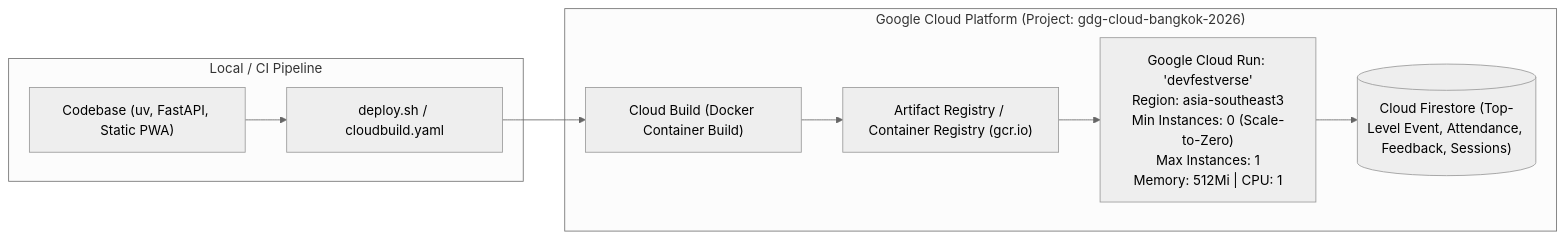
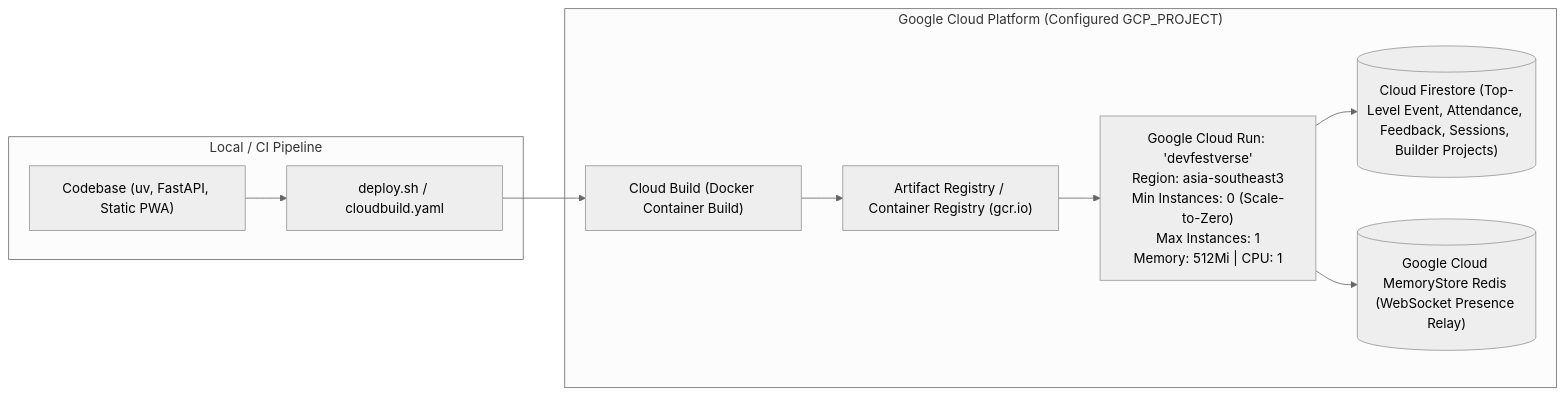
Before and after one commit to fonylew/devfestverse: diagram 15 of 22 in architecture.md, drawn with Mermaid (neutral theme). The commit also changed other lines of this file and 39 other files, not shown here.

````diff
--- a/architecture.md
+++ b/architecture.md
@@ -382,20 +565,22 @@
 ```mermaid
 graph LR
     subgraph DevMachine ["Local / CI Pipeline"]
         SourceCode["Codebase (uv, FastAPI, Static PWA)"]
         DeployScript["deploy.sh / cloudbuild.yaml"]
     end
 
-    subgraph GCP ["Google Cloud Platform (Project: gdg-cloud-bangkok-2026)"]
+    subgraph GCP ["Google Cloud Platform (Configured GCP_PROJECT)"]
         CloudBuild["Cloud Build (Docker Container Build)"]
         ArtifactReg["Artifact Registry / Container Registry (gcr.io)"]
         CloudRun["Google Cloud Run: 'devfestverse'<br/>Region: asia-southeast3<br/>Min Instances: 0 (Scale-to-Zero)<br/>Max Instances: 1<br/>Memory: 512Mi | CPU: 1"]
-        FirestoreDB[("Cloud Firestore (Top-Level Event, Attendance, Feedback, Sessions)")]
+        FirestoreDB[("Cloud Firestore (Top-Level Event, Attendance, Feedback, Sessions, Builder Projects)")]
+        RedisStore[("Google Cloud MemoryStore Redis (WebSocket Presence Relay)")]
     end
 
     SourceCode --> DeployScript
     DeployScript --> CloudBuild
     CloudBuild --> ArtifactReg
     ArtifactReg --> CloudRun
     CloudRun --> FirestoreDB
+    CloudRun --> RedisStore
 ```
````
